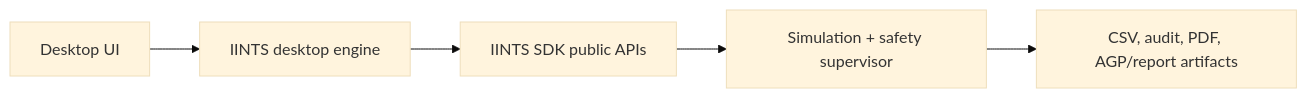
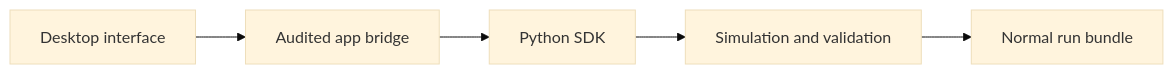
One commit to python35/IINTS-SDK changed the diagram in docs/DESKTOP_APP.md. Above: the diagram before and after it, drawn with Mermaid (base theme). The commit also changed other lines of this file and 57 other files, not shown here.

````diff
--- a/docs/DESKTOP_APP.md
+++ b/docs/DESKTOP_APP.md
@@ -32,7 +7,7 @@
 ```mermaid
 flowchart LR
-    A[Desktop UI] --> B[IINTS desktop engine]
-    B --> C[IINTS SDK public APIs]
-    C --> D[Simulation + safety supervisor]
-    D --> E[CSV, audit, PDF, AGP/report artifacts]
+    A["Desktop interface"] --> B["Audited app bridge"]
+    B --> C["Python SDK"]
+    C --> D["Simulation and validation"]
+    D --> E["Normal run bundle"]
 ```
````
